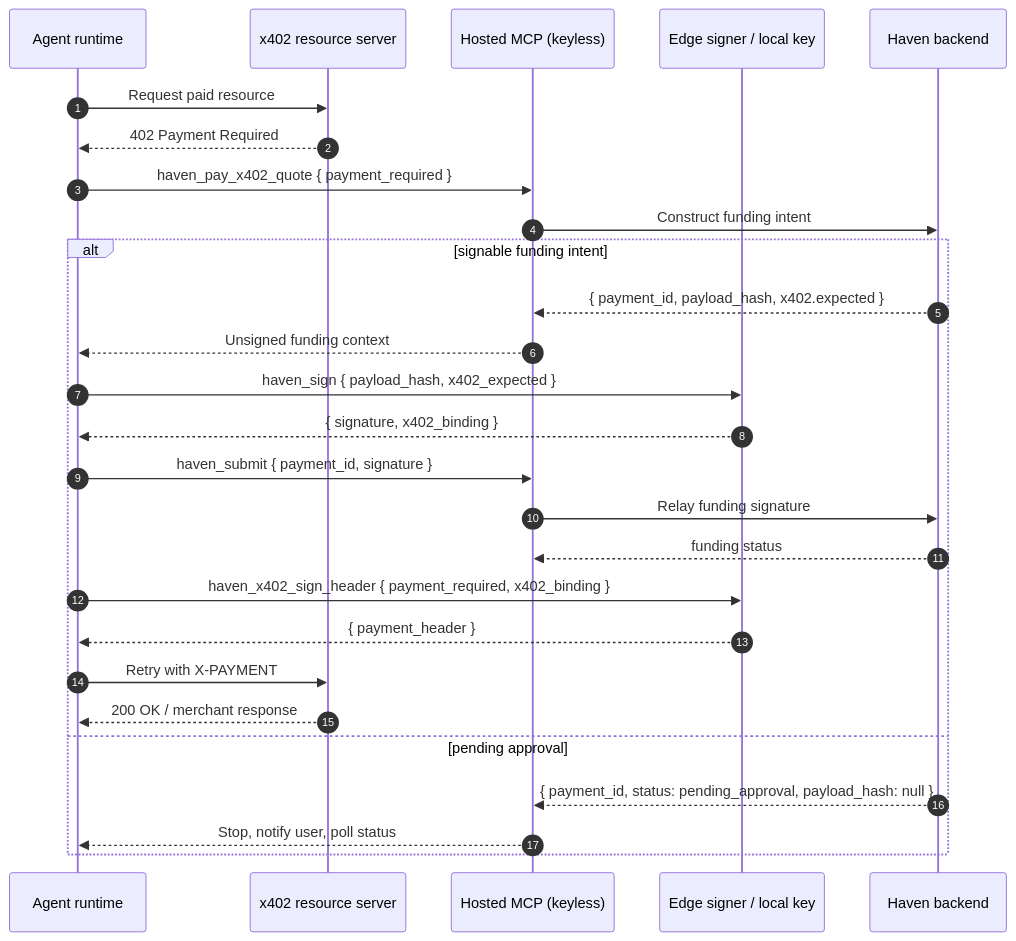
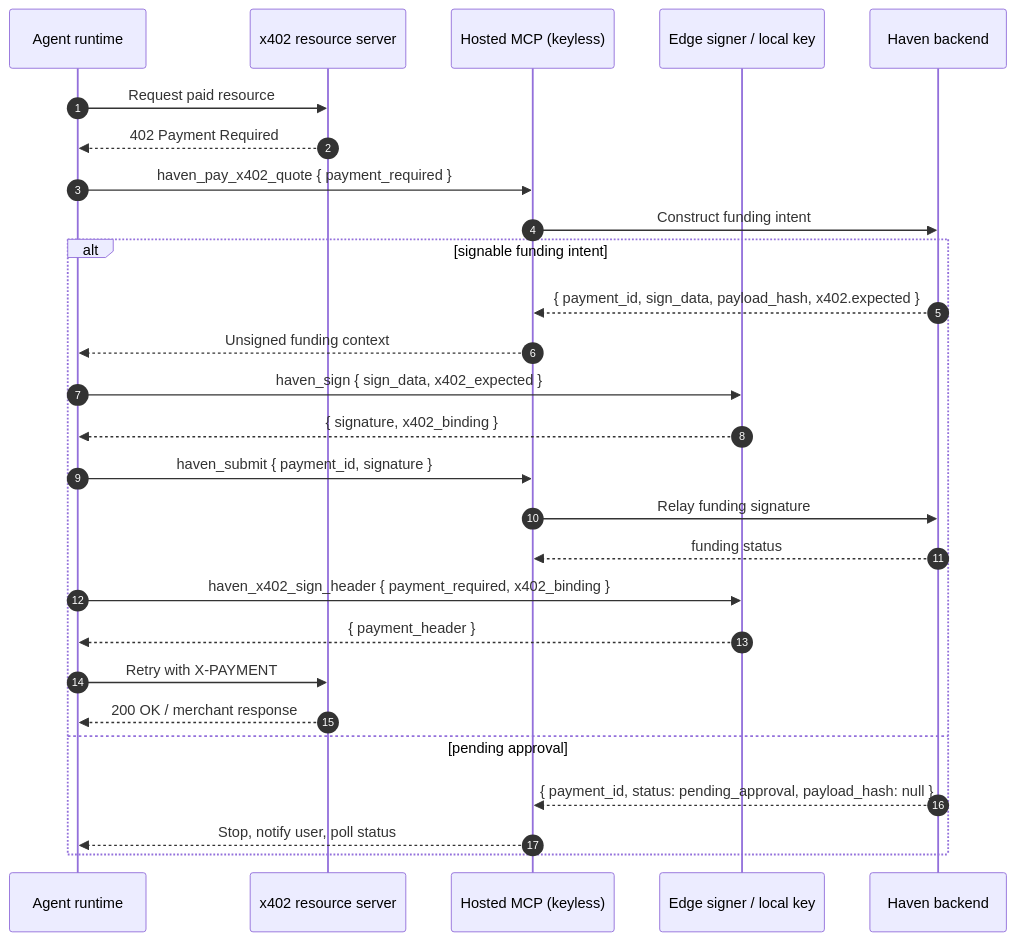
One commit to d-hinders/Haven-AI changed the second of 2 diagrams in docs/architecture/04-x402-payment-sequence.md. Above: the diagram before and after it, drawn with Mermaid. The commit also changed other lines of this file and 25 other files, not shown here.

Commit message:
Fix x402 typed-data signer handoff

````diff
--- a/docs/architecture/04-x402-payment-sequence.md
+++ b/docs/architecture/04-x402-payment-sequence.md
@@ -136,30 +136,30 @@
 ```mermaid
 sequenceDiagram
   autonumber
   participant Agent as Agent runtime
   participant Resource as x402 resource server
   participant MCP as Hosted MCP (keyless)
   participant Signer as Edge signer / local key
   participant API as Haven backend
 
   Agent->>Resource: Request paid resource
   Resource-->>Agent: 402 Payment Required
   Agent->>MCP: haven_pay_x402_quote { payment_required }
   MCP->>API: Construct funding intent
   alt signable funding intent
-    API-->>MCP: { payment_id, payload_hash, x402.expected }
+    API-->>MCP: { payment_id, sign_data, payload_hash, x402.expected }
     MCP-->>Agent: Unsigned funding context
-    Agent->>Signer: haven_sign { payload_hash, x402_expected }
+    Agent->>Signer: haven_sign { sign_data, x402_expected }
     Signer-->>Agent: { signature, x402_binding }
     Agent->>MCP: haven_submit { payment_id, signature }
     MCP->>API: Relay funding signature
     API-->>MCP: funding status
     Agent->>Signer: haven_x402_sign_header { payment_required, x402_binding }
     Signer-->>Agent: { payment_header }
     Agent->>Resource: Retry with X-PAYMENT
     Resource-->>Agent: 200 OK / merchant response
   else pending approval
     API-->>MCP: { payment_id, status: pending_approval, payload_hash: null }
     MCP-->>Agent: Stop, notify user, poll status
   end
 ```
````
